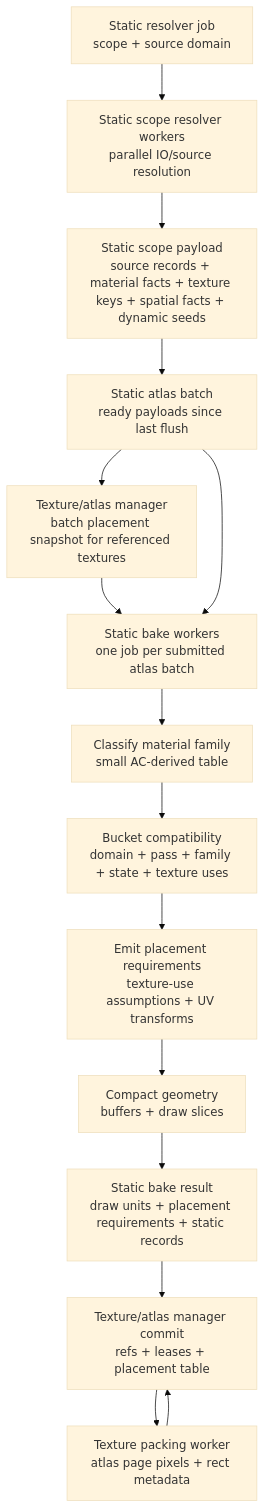
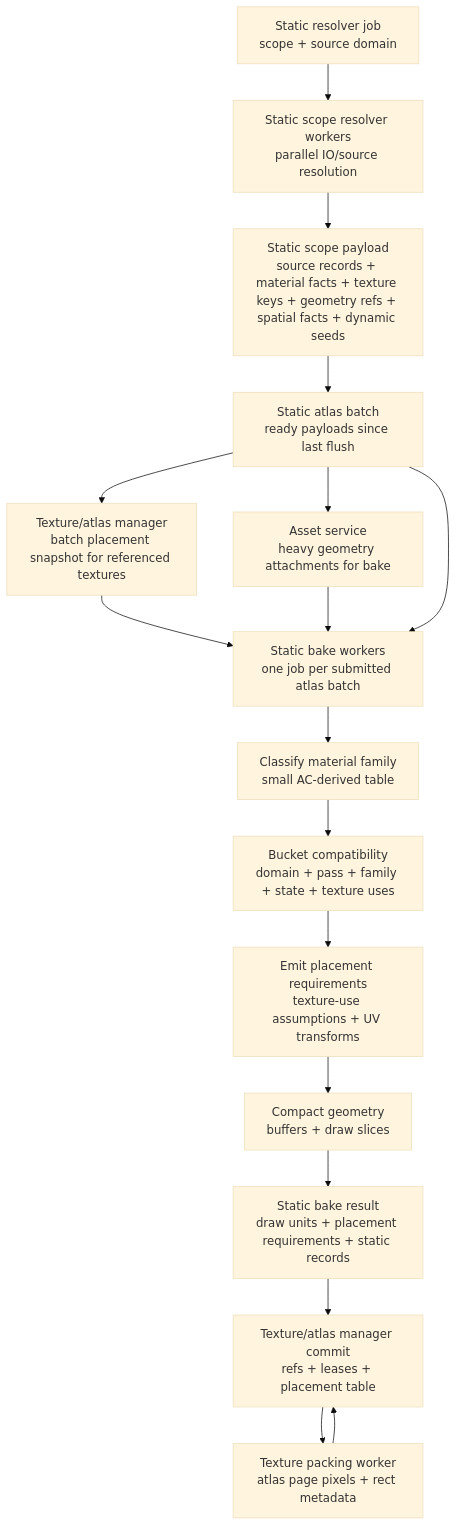
One commit to merklejerk/holtburger changed the tenth of 22 diagrams in docs/plans/holtburger-3d-frontend-v2-design.md. Above: the diagram before and after it, drawn with Mermaid (base theme). The commit also changed other lines of this file and 1 other file, not shown here.

````diff
--- a/docs/plans/holtburger-3d-frontend-v2-design.md
+++ b/docs/plans/holtburger-3d-frontend-v2-design.md
@@ -788,23 +787,25 @@
 ```mermaid
 flowchart TB
   Request["Static resolver job<br/>scope + source domain"]
   Resolver["Static scope resolver workers<br/>parallel IO/source resolution"]
-  Payload["Static scope payload<br/>source records + material facts + texture keys + spatial facts + dynamic seeds"]
+  Payload["Static scope payload<br/>source records + material facts + texture keys + geometry refs + spatial facts + dynamic seeds"]
   Batch["Static atlas batch<br/>ready payloads since last flush"]
   Atlas["Texture/atlas manager<br/>batch placement snapshot for referenced textures"]
+  Geometry["Asset service<br/>heavy geometry attachments for bake"]
   Baker["Static bake workers<br/>one job per submitted atlas batch"]
   Classify["Classify material family<br/>small AC-derived table"]
   Bucket["Bucket compatibility<br/>domain + pass + family + state + texture uses"]
   Placement["Emit placement requirements<br/>texture-use assumptions + UV transforms"]
   Compact["Compact geometry<br/>buffers + draw slices"]
   Product["Static bake result<br/>draw units + placement requirements + static records"]
   Packer["Texture packing worker<br/>atlas page pixels + rect metadata"]
   Commit["Texture/atlas manager commit<br/>refs + leases + placement table"]
 
   Request --> Resolver --> Payload --> Batch
   Batch --> Atlas --> Baker
+  Batch --> Geometry --> Baker
   Batch --> Baker
   Baker --> Classify --> Bucket --> Placement --> Compact --> Product
   Product --> Commit
   Commit --> Packer --> Commit
 ```
````
